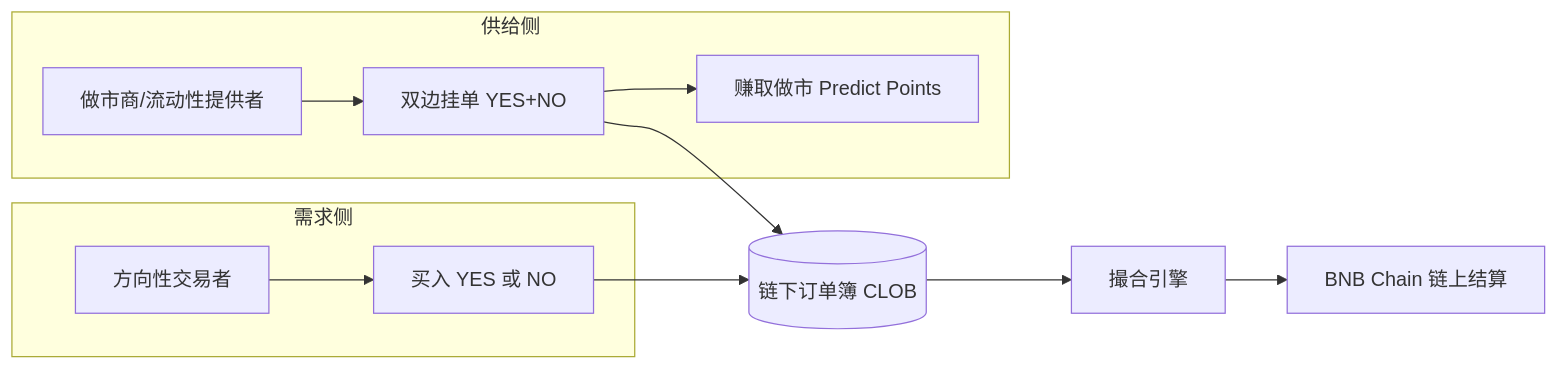
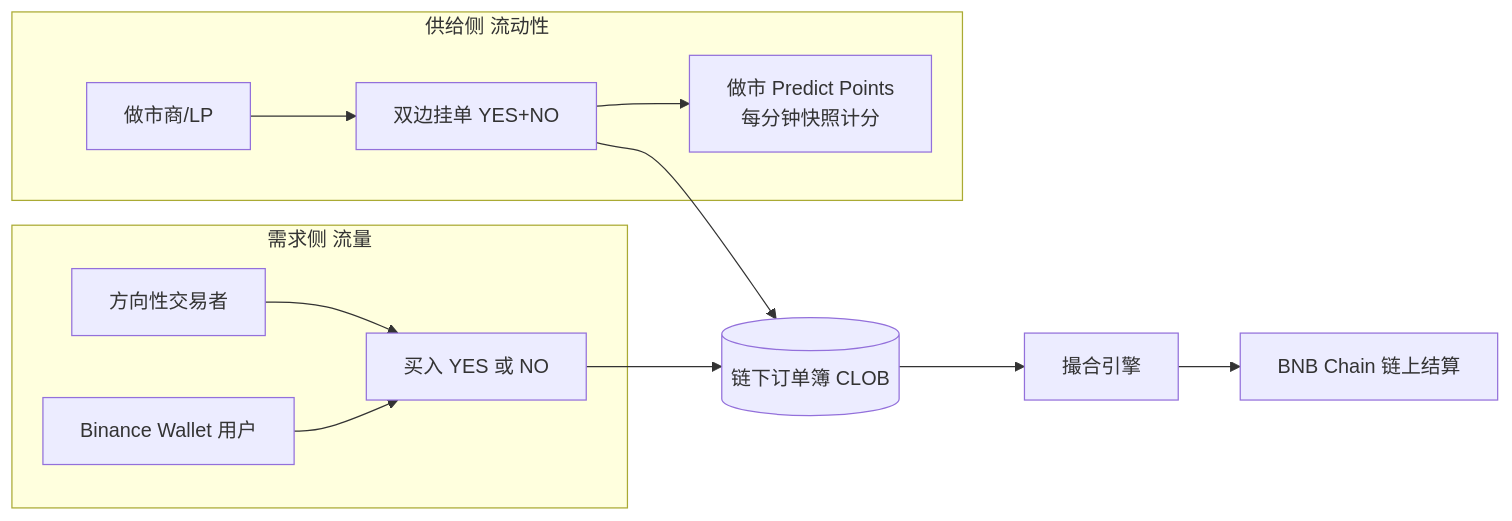
One commit to survivorff/predictfun_design changed the fourth of 6 diagrams in research/02_business_architecture/analysis.md. Above: the diagram before and after it, drawn with Mermaid. The commit also changed other lines of this file and 11 other files, not shown here.

````diff
--- a/research/02_business_architecture/analysis.md
+++ b/research/02_business_architecture/analysis.md
@@ -82,18 +115,17 @@
 ```mermaid
 graph LR
-    subgraph 供给侧
-        MM[做市商/流动性提供者]
+    subgraph 供给侧 流动性
+        MM[做市商/LP]
         MM --> LP[双边挂单 YES+NO]
-        LP --> PP1[赚取做市 Predict Points]
+        LP --> PP1[做市 Predict Points<br/>每分钟快照计分]
     end
-
-    subgraph 需求侧
+    subgraph 需求侧 流量
         T[方向性交易者]
         T --> BET[买入 YES 或 NO]
+        BR[Binance Wallet 用户] --> BET
     end
-
     LP --> OB[(链下订单簿 CLOB)]
     BET --> OB
     OB --> MATCH[撮合引擎]
     MATCH --> CHAIN[BNB Chain 链上结算]
 ```
````
